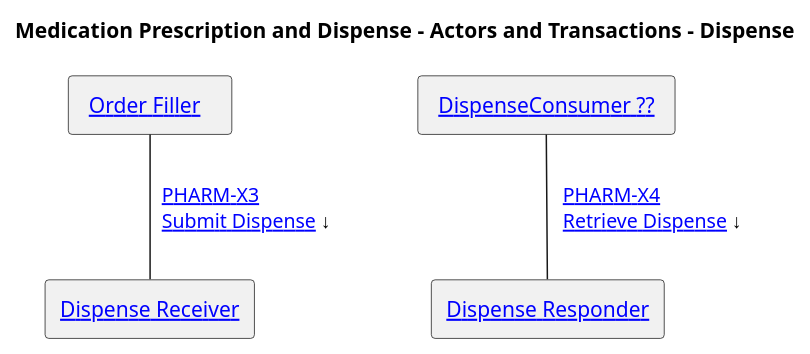
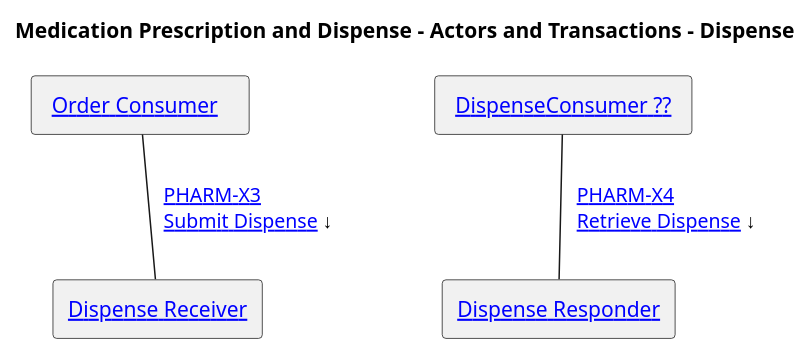
One commit to IHE/pharm-mpd changed the diagram in input/images-source/actors-transactions-dispense.plantuml. Above: the diagram before and after it, drawn with PlantUML. The commit also changed 19 other files, not shown here.

```diff
--- a/input/images-source/actors-transactions-dispense.plantuml
+++ b/input/images-source/actors-transactions-dispense.plantuml
@@ -1,50 +1,50 @@
 @startuml
 '!include ./style.iuml
 skinparam linetype ortho
 skinparam linetype polyline
 
 title Medication Prescription and Dispense - Actors and Transactions - Dispense
 'agent "  [[actors_and_transactions.html#order-placer Order Placer ]]" as orderplacer 
 'agent " [[actors_and_transactions.html#order-receiver Order Receiver ]]" as orderreceiver 
 'agent " [[actors_and_transactions.html#order-receiver Order Responder ]]" as orderresponder 
 
-agent " [[actors_and_transactions.html#orderfiller Order Filler   ]]" as orderfiller 
+agent " [[actors_and_transactions.html#OrderConsumer Order Consumer   ]]" as OrderConsumer 
 agent " [[actors_and_transactions.html#dispenseconsumer DispenseConsumer ?? ]]" as dispenseconsumer 
 
 
 agent "[[actors_and_transactions.html#dipensereceiver Dispense Receiver]]" as dispensereceiver
 agent "[[actors_and_transactions.html#dipenseresponder Dispense Responder]]" as dispenseresponder 
 
 
 ' \n\n   [[PHARM-X2.html PHARM-M2 Supply Response/status]] ↑
 
 dispenseconsumer -d- dispenseresponder : "   [[PHARM-X4.html PHARM-X4\nRetrieve Dispense]] ↓       "
 
 
 'orderreceiver -r[hidden]- orderresponder : "\t\t\t "
 'orderreceiver -d[hidden]- dispenseresponder : "   "
 
 
 'orderresponder -d[hidden]- dispensereceiver
 'orderresponder -r[hidden]- dispensereceiver
-'orderresponder -r[hidden]- orderfiller
+'orderresponder -r[hidden]- OrderConsumer
 
-'orderplacer -[hidden]r- orderfiller : "\t\t\t   "
+'orderplacer -[hidden]r- OrderConsumer : "\t\t\t   "
 
-orderfiller -r[hidden]- dispenseconsumer: "\t\t\t  "
+OrderConsumer -r[hidden]- dispenseconsumer: "\t\t\t  "
 
 dispensereceiver -r[hidden]- dispenseresponder : "\t\t\t"
 
 
-'orderresponder -u- orderfiller: "   [[PHARM-X1.html PHARM-X2\n GET Medication Orders]] ↑          "
-orderfiller -d- dispensereceiver: "  [[PHARM-X3.html PHARM-X3\nSubmit Dispense]] ↓  "
+'orderresponder -u- OrderConsumer: "   [[PHARM-X1.html PHARM-X2\n GET Medication Orders]] ↑          "
+OrderConsumer -d- dispensereceiver: "  [[PHARM-X3.html PHARM-X3\nSubmit Dispense]] ↓  "
 
 ' → ↑ ← ↓
 
 'orderresponder -r- dispensereceiver:  "   [[PHARM-X2.html PHARM-X2 Dispense]]  ←   "
 ' dispensereceiver -r- dispenseresponder : ""
 
-'orderfiller -d- orderfiller : "   [[PHARM-M2.html PHARM-M2 Fetch Orders]] ←  "
+'OrderConsumer -d- OrderConsumer : "   [[PHARM-M2.html PHARM-M2 Fetch Orders]] ←  "
 'dispenser -[hidden]r- invreporter : "\t\t\t\t\t "
 'invreporter -d- invmanager : "   [[PHARM-M5.html PHARM-M5 Inventory Status]] ↑                  \n\n   [[PHARM-M6.html PHARM-M6 Inventory Update]] ↓                 \n\n[[PHARM-M7.html PHARM-M7 Inventory Query]] ↓\t\t  "
 @enduml
```
